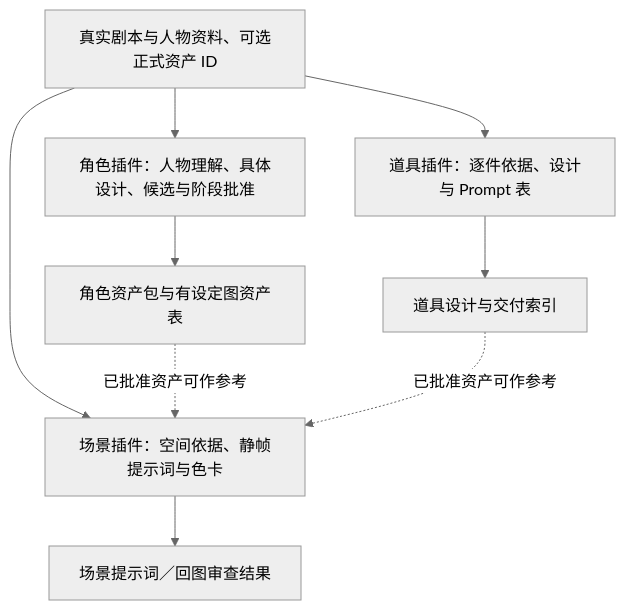
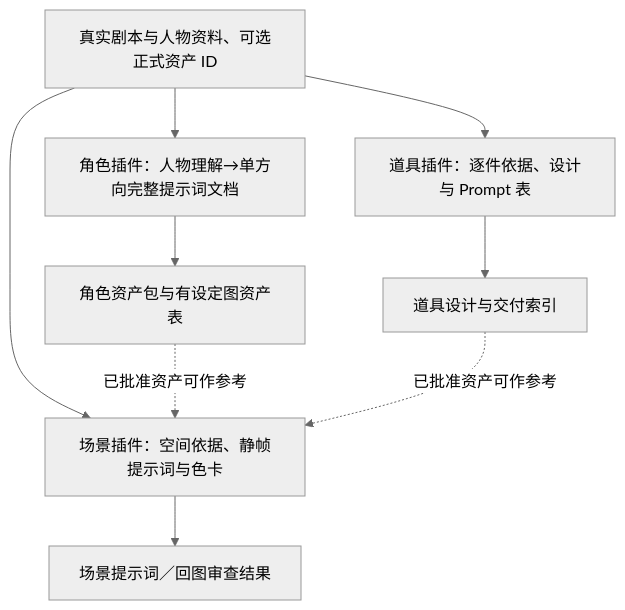
The third of 3 diagrams in README.md (kaibaoxiang-studio/ZiChan), drawn with Mermaid (neutral theme) before and after one commit. The commit also changed other lines of this file and 71 other files, not shown here.

````diff
--- a/README.md
+++ b/README.md
@@ -95,11 +95,11 @@
 ```mermaid
 flowchart TD
-    S["真实剧本与人物资料、可选正式资产 ID"] --> R["角色插件：人物理解、具体设计、候选与阶段批准"]
+    S["真实剧本与人物资料、可选正式资产 ID"] --> R["角色插件：人物理解→单方向完整提示词文档"]
     S --> P["道具插件：逐件依据、设计与 Prompt 表"]
     S --> C["场景插件：空间依据、静帧提示词与色卡"]
     R --> RR["角色资产包与有设定图资产表"]
     P --> PP["道具设计与交付索引"]
     C --> CC["场景提示词／回图审查结果"]
     RR -.->|已批准资产可作参考| C
     PP -.->|已批准资产可作参考| C
 ```
````
